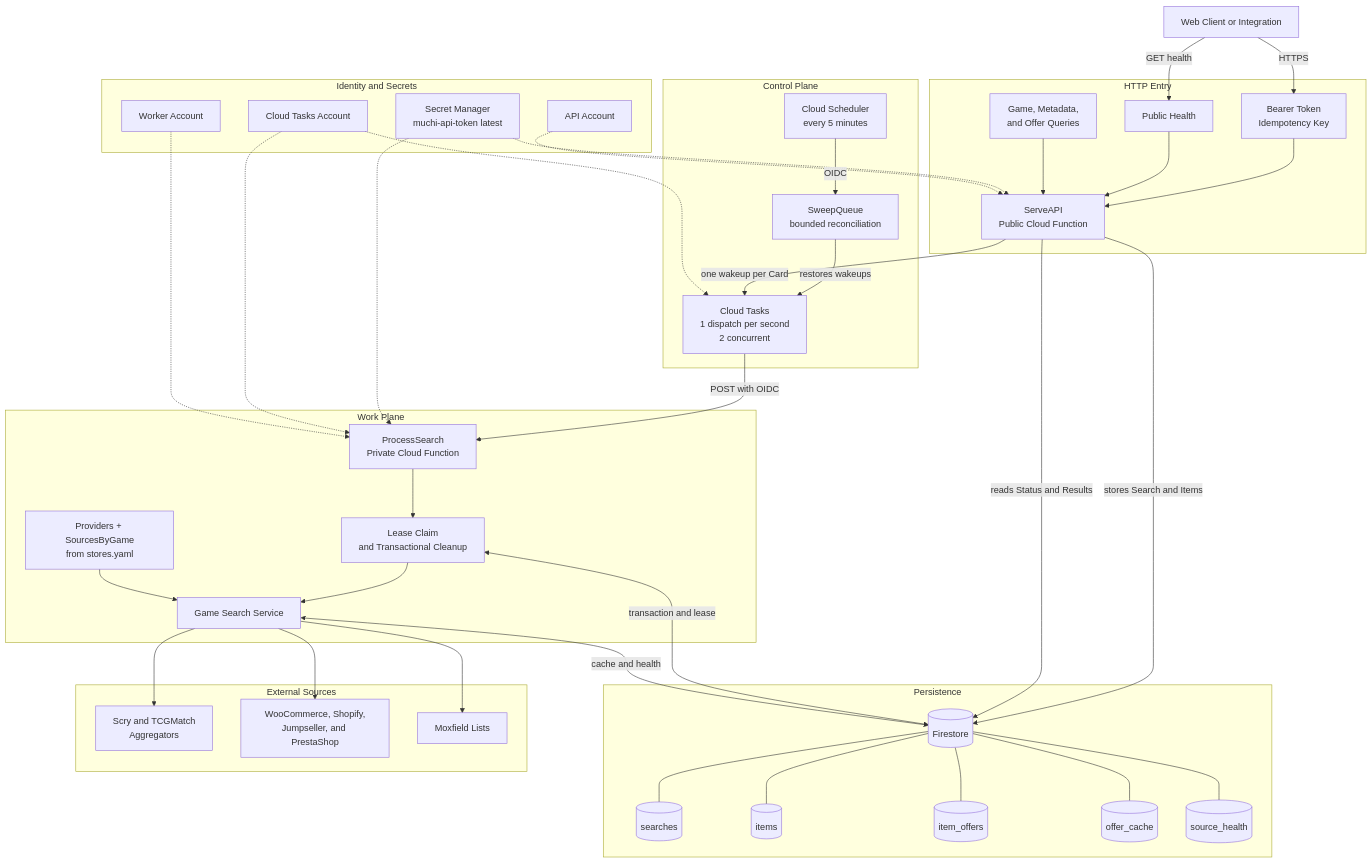
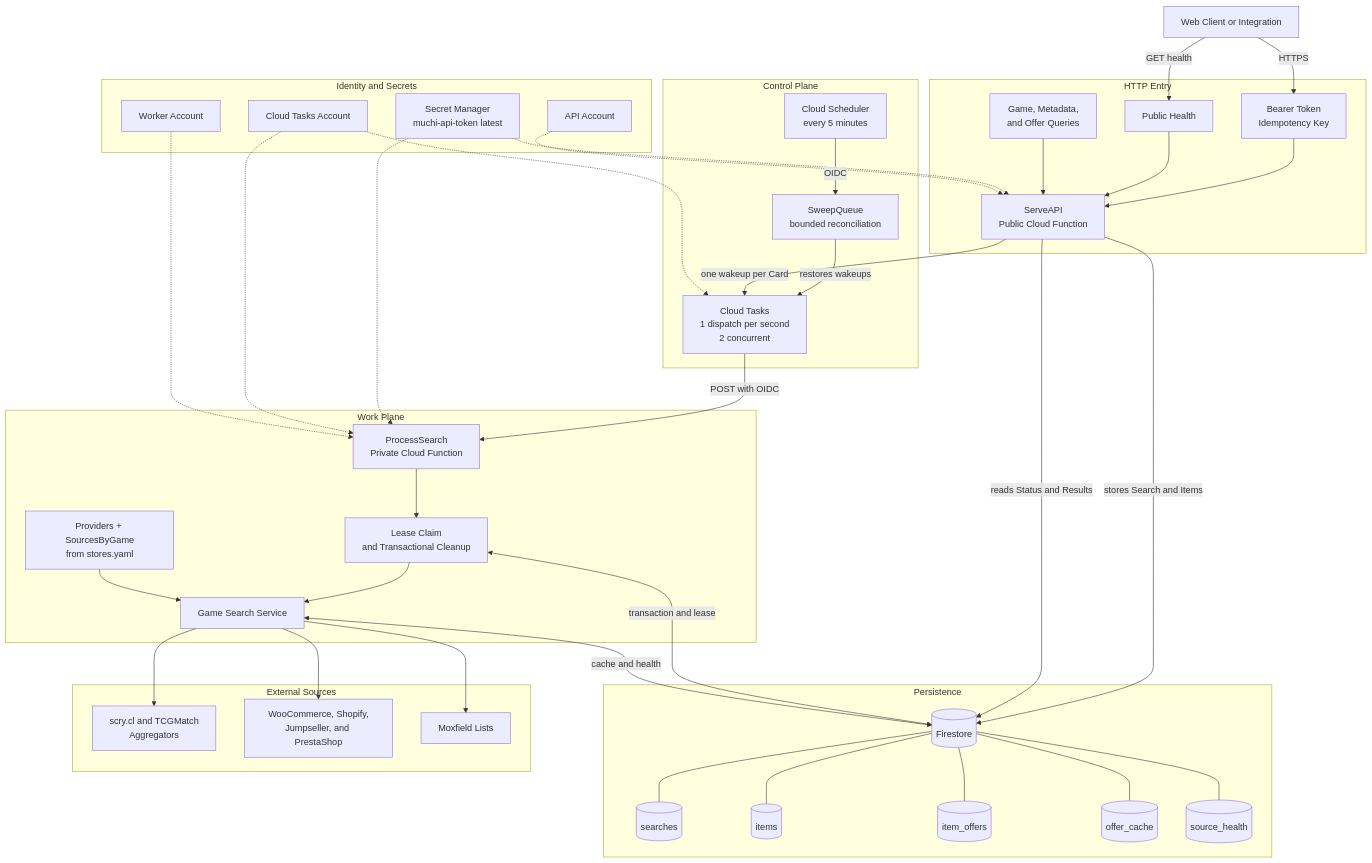
Before and after one commit to metaliaw/muchi: the first of 2 diagrams in backend/docs/architecture.md, drawn with Mermaid. The commit also changed other lines of this file and 68 other files, not shown here.

````diff
--- a/backend/docs/architecture.md
+++ b/backend/docs/architecture.md
@@ -26,76 +26,76 @@
 ```mermaid
 flowchart TB
     user[Web Client or Integration]
 
     subgraph edge[HTTP Entry]
         api[ServeAPI<br/>Public Cloud Function]
         auth[Bearer Token<br/>Idempotency Key]
         health[Public Health]
       cards[Game, Metadata,<br/>and Offer Queries]
         auth --> api
         health --> api
       cards --> api
     end
 
     subgraph control[Control Plane]
         tasks[Cloud Tasks<br/>1 dispatch per second<br/>2 concurrent]
         scheduler[Cloud Scheduler<br/>every 5 minutes]
         sweeper[SweepQueue<br/>bounded reconciliation]
         scheduler -->|OIDC| sweeper
         sweeper -->|restores wakeups| tasks
     end
 
     subgraph work[Work Plane]
         worker[ProcessSearch<br/>Private Cloud Function]
         claim[Lease Claim<br/>and Transactional Cleanup]
       search[Game Search Service]
       compose[Providers + SourcesByGame<br/>from stores.yaml]
         worker --> claim --> search
       compose --> search
     end
 
     subgraph data[Persistence]
         firestore[(Firestore)]
         searches[(searches)]
         items[(items)]
         offers[(item_offers)]
         cache[(offer_cache)]
         healthStore[(source_health)]
         firestore --- searches
         firestore --- items
         firestore --- offers
         firestore --- cache
         firestore --- healthStore
     end
 
     subgraph providers[External Sources]
-      aggregators[Scry and TCGMatch<br/>Aggregators]
+      aggregators[scry.cl and TCGMatch<br/>Aggregators]
       stores[WooCommerce, Shopify,<br/>Jumpseller, and PrestaShop]
         lists[Moxfield Lists]
     end
 
     subgraph security[Identity and Secrets]
         secret[Secret Manager<br/>muchi-api-token latest]
         taskIdentity[Cloud Tasks Account]
         apiIdentity[API Account]
         workerIdentity[Worker Account]
     end
 
     user -->|HTTPS| auth
     user -->|GET health| health
     api -->|stores Search and Items| firestore
     api -->|one wakeup per Card| tasks
     api -->|reads Status and Results| firestore
     tasks -->|POST with OIDC| worker
     claim <-->|transaction and lease| firestore
     search <-->|cache and health| firestore
     search --> aggregators
     search --> stores
     search --> lists
     secret -.-> api
     secret -.-> worker
     taskIdentity -.-> tasks
     taskIdentity -.-> worker
     apiIdentity -.-> api
     workerIdentity -.-> worker
 ```
````
